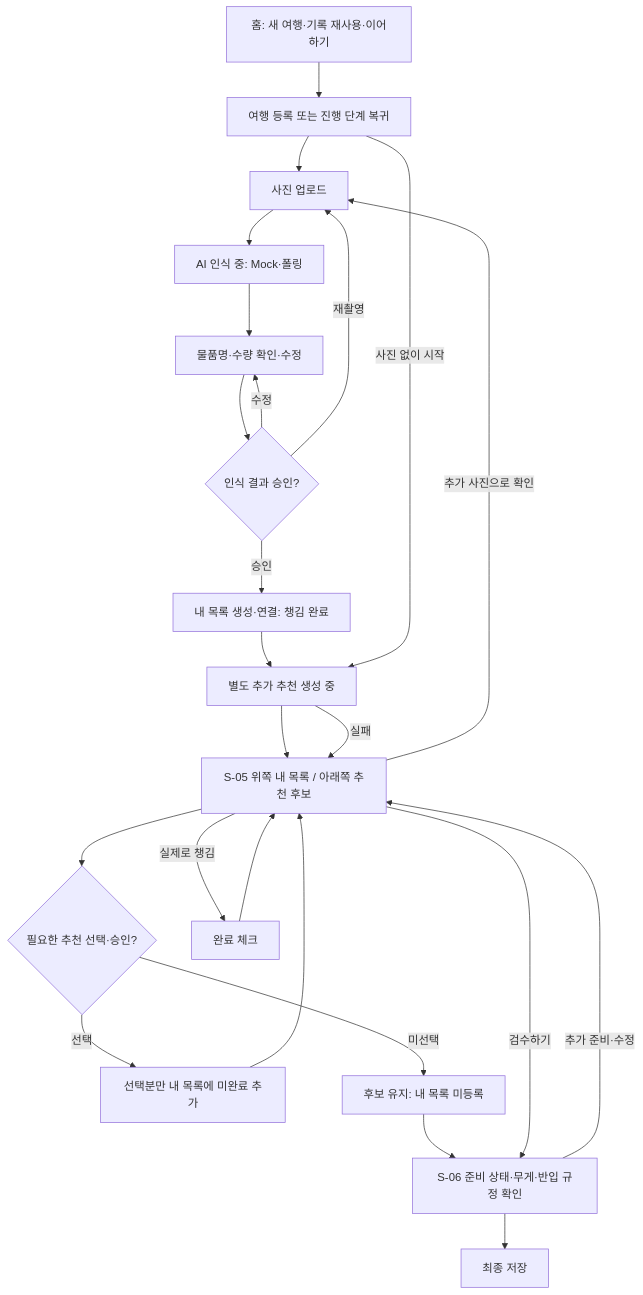
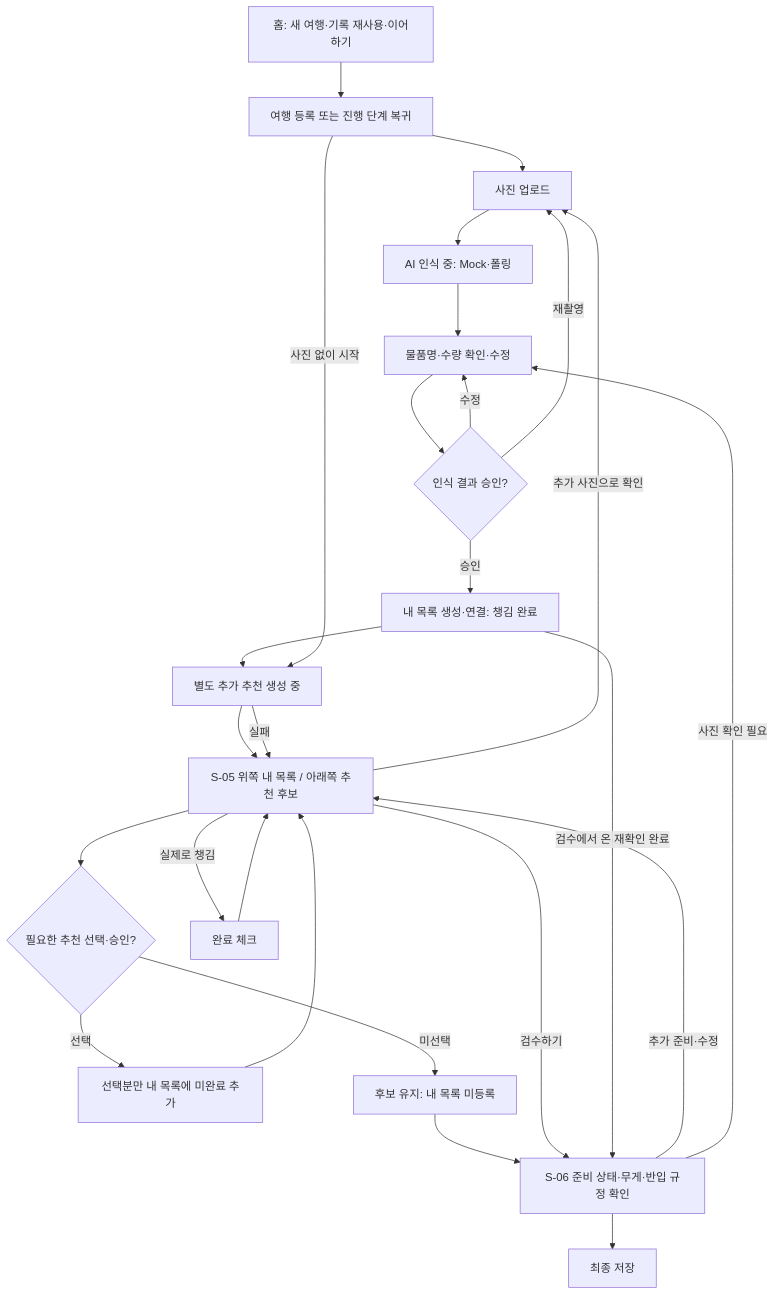
The diagram in docs/03-wireframe.md (SangMyeong5426/skala-mini-ai-web-service), drawn with Mermaid before and after one commit. The commit also changed other lines of this file and 6 other files, not shown here.

````diff
--- a/docs/03-wireframe.md
+++ b/docs/03-wireframe.md
@@ -86,26 +86,28 @@
 ```mermaid
 flowchart TD
   A[홈: 새 여행·기록 재사용·이어하기] --> B[여행 등록 또는 진행 단계 복귀]
   B --> C[사진 업로드]
   C --> D[AI 인식 중: Mock·폴링]
   D --> E[물품명·수량 확인·수정]
   E --> F{인식 결과 승인?}
   F -->|수정| E
   F -->|재촬영| C
   F -->|승인| G[내 목록 생성·연결: 챙김 완료]
   G --> H[별도 추가 추천 생성 중]
   B -->|사진 없이 시작| H
   H --> I[S-05 위쪽 내 목록 / 아래쪽 추천 후보]
   H -->|실패| I
   I --> J{필요한 추천 선택·승인?}
   J -->|선택| K[선택분만 내 목록에 미완료 추가]
   J -->|미선택| L[후보 유지: 내 목록 미등록]
   K --> I
   I -->|실제로 챙김| M[완료 체크]
   M --> I
   I -->|추가 사진으로 확인| C
   L --> N[S-06 준비 상태·무게·반입 규정 확인]
   I -->|검수하기| N
   N -->|추가 준비·수정| I
+  N -->|사진 확인 필요| E
+  G -->|검수에서 온 재확인 완료| N
   N --> O[최종 저장]
 ```
````
